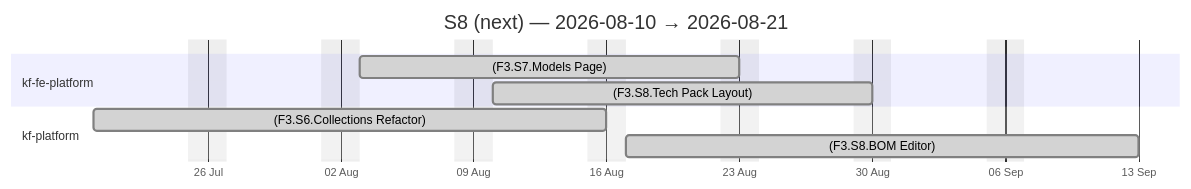
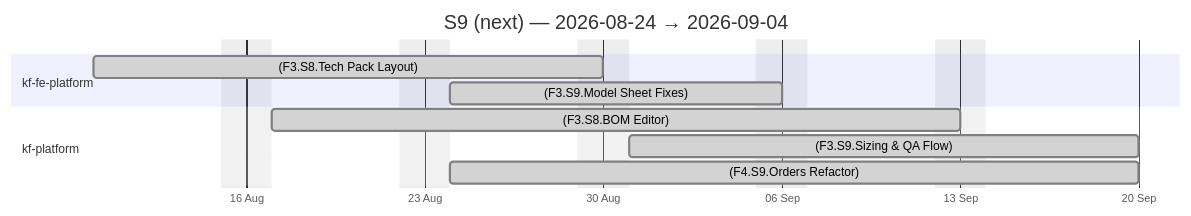
One commit to Katty-Fashion/kf-cpto changed the fourth of 4 diagrams in docs/agile-sprints.md. Above: the diagram before and after it, drawn with Mermaid. The commit also changed other lines of this file and 14 other files, not shown here.

````diff
--- a/docs/agile-sprints.md
+++ b/docs/agile-sprints.md
@@ -97,14 +91,15 @@
 ```mermaid
 gantt
-    title S8 (next) — 2026-08-10 → 2026-08-21
+    title S9 (next) — 2026-08-24 → 2026-09-04
     dateFormat YYYY-MM-DD
     axisFormat %d %b
     excludes weekends
 
     section kf-fe-platform
-    (F3.S7.Models Page) :done, 2026-08-03, 2026-08-23
     (F3.S8.Tech Pack Layout) :done, 2026-08-10, 2026-08-30
+    (F3.S9.Model Sheet Fixes) :done, 2026-08-24, 2026-09-06
     section kf-platform
-    (F3.S6.Collections Refactor) :done, 2026-07-20, 2026-08-16
     (F3.S8.BOM Editor) :done, 2026-08-17, 2026-09-13
+    (F3.S9.Sizing & QA Flow) :done, 2026-08-31, 2026-09-20
+    (F4.S9.Orders Refactor) :done, 2026-08-24, 2026-09-20
 ```
````
